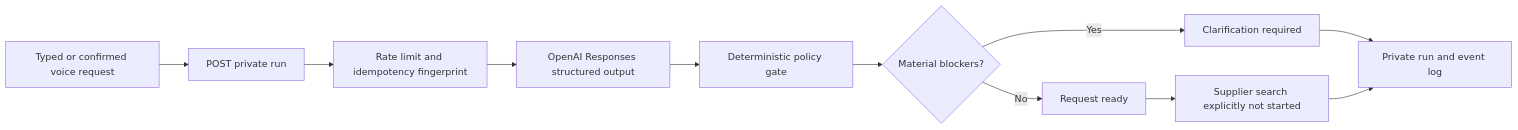
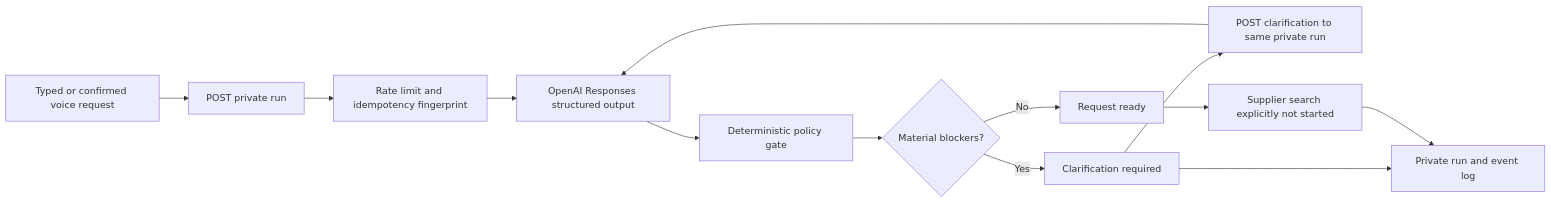
The diagram in docs/AGENT_CORE.md (The-new-ben/tra-vel-co-il), drawn with Mermaid before and after one commit. The commit also changed other lines of this file and 16 other files, not shown here.

Commit message:
Add same-run AI plan revisions

````diff
--- a/docs/AGENT_CORE.md
+++ b/docs/AGENT_CORE.md
@@ -15,13 +15,15 @@
 ```mermaid
 flowchart LR
     A[Typed or confirmed voice request] --> B[POST private run]
     B --> C[Rate limit and idempotency fingerprint]
     C --> D[OpenAI Responses structured output]
     D --> E[Deterministic policy gate]
     E --> F{Material blockers?}
     F -->|Yes| G[Clarification required]
     F -->|No| H[Request ready]
+    G --> K[POST clarification to same private run]
+    K --> D
     H --> I[Supplier search explicitly not started]
     G --> J[Private run and event log]
     I --> J
 ```
````
